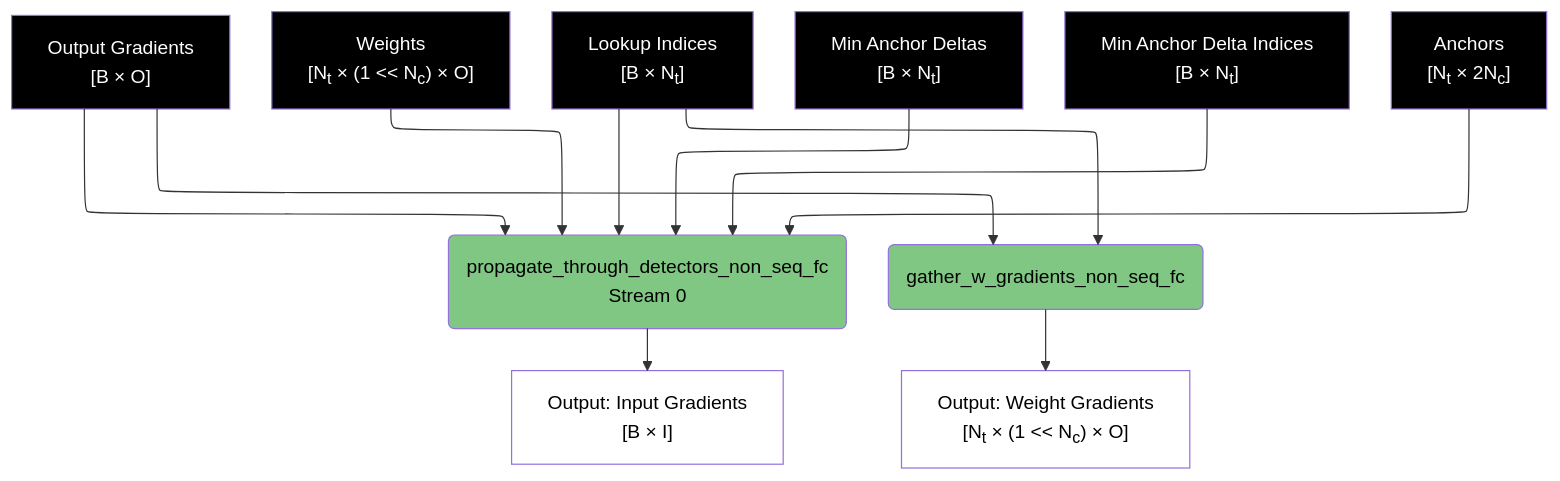
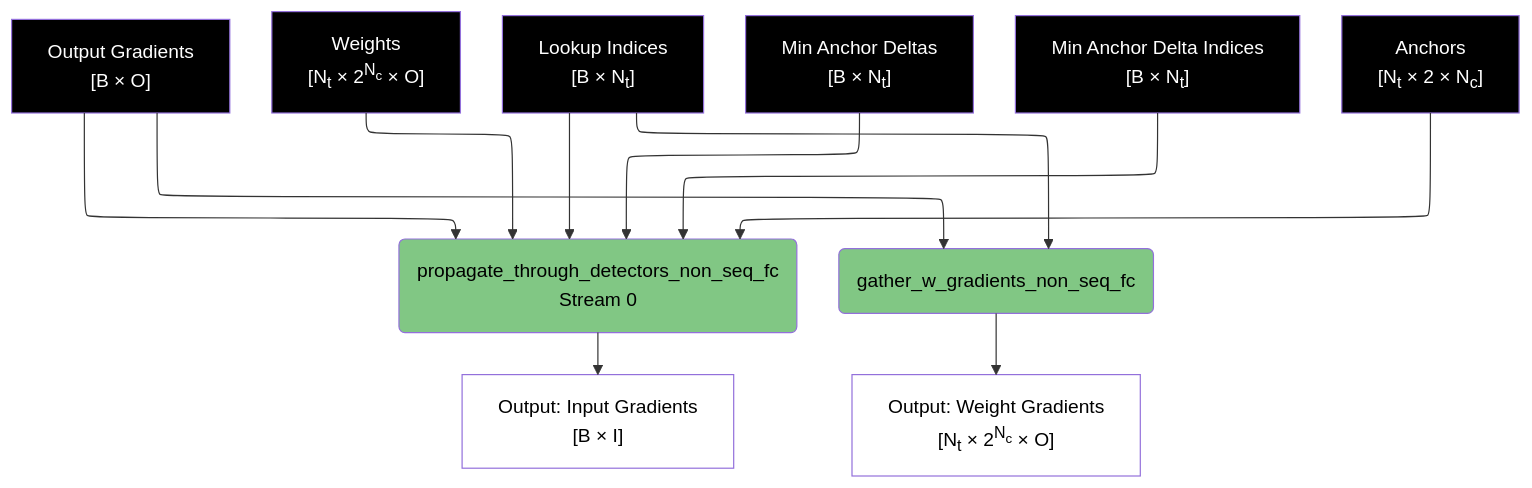
The third of 8 diagrams in spiky_cuda/lut/doc/LUT_RUNTIME_DATA_FLOW.md (anatoli-starostin/spiky), drawn with Mermaid before and after one commit. The commit also changed other lines of this file and 8 other files, not shown here.

````diff
--- a/spiky_cuda/lut/doc/LUT_RUNTIME_DATA_FLOW.md
+++ b/spiky_cuda/lut/doc/LUT_RUNTIME_DATA_FLOW.md
@@ -85,30 +77,30 @@
 ```mermaid
 %%{init: { "flowchart": { "defaultRenderer": "elk" } }}%%
 flowchart TD
     A["Output Gradients<br/>[B × O]"] --> B("propagate_through_detectors_non_seq_fc<br/>Stream 0")
     A --> C("gather_w_gradients_non_seq_fc")
     
-    W3["Weights<br/>[N<sub>t</sub> × (1 << N<sub>c</sub>) × O]"] --> B
+    W3["Weights<br/>[N<sub>t</sub> × 2<sup>N<sub>c</sub></sup> × O]"] --> B
     
     L1["Lookup Indices<br/>[B × N<sub>t</sub>]"] --> B
     L1 --> C
     
     M1["Min Anchor Deltas<br/>[B × N<sub>t</sub>]"] --> B
     M2["Min Anchor Delta Indices<br/>[B × N<sub>t</sub>]"] --> B
     
-    D3["Anchors<br/>[N<sub>t</sub> × 2N<sub>c</sub>]"] --> B
+    D3["Anchors<br/>[N<sub>t</sub> × 2 × N<sub>c</sub>]"] --> B
     
     B --> D["Output: Input Gradients<br/>[B × I]"]
-    C --> E["Output: Weight Gradients<br/>[N<sub>t</sub>&nbsp;×&nbsp;(1&nbsp;<<&nbsp;N<sub>c</sub>)&nbsp;×&nbsp;O]"]
+    C --> E["Output: Weight Gradients<br/>[N<sub>t</sub>&nbsp;×&nbsp;2<sup>N<sub>c</sub></sup>&nbsp;×&nbsp;O]"]
     
     style B fill:#81c784,color:#000000
     style C fill:#81c784,color:#000000
     style D fill:#ffffff,color:#000000
     style E fill:#ffffff,color:#000000
     style A fill:#000000,color:#ffffff
     style W3 fill:#000000,color:#ffffff
     style L1 fill:#000000,color:#ffffff
     style M1 fill:#000000,color:#ffffff
     style M2 fill:#000000,color:#ffffff
     style D3 fill:#000000,color:#ffffff
 ```
````
